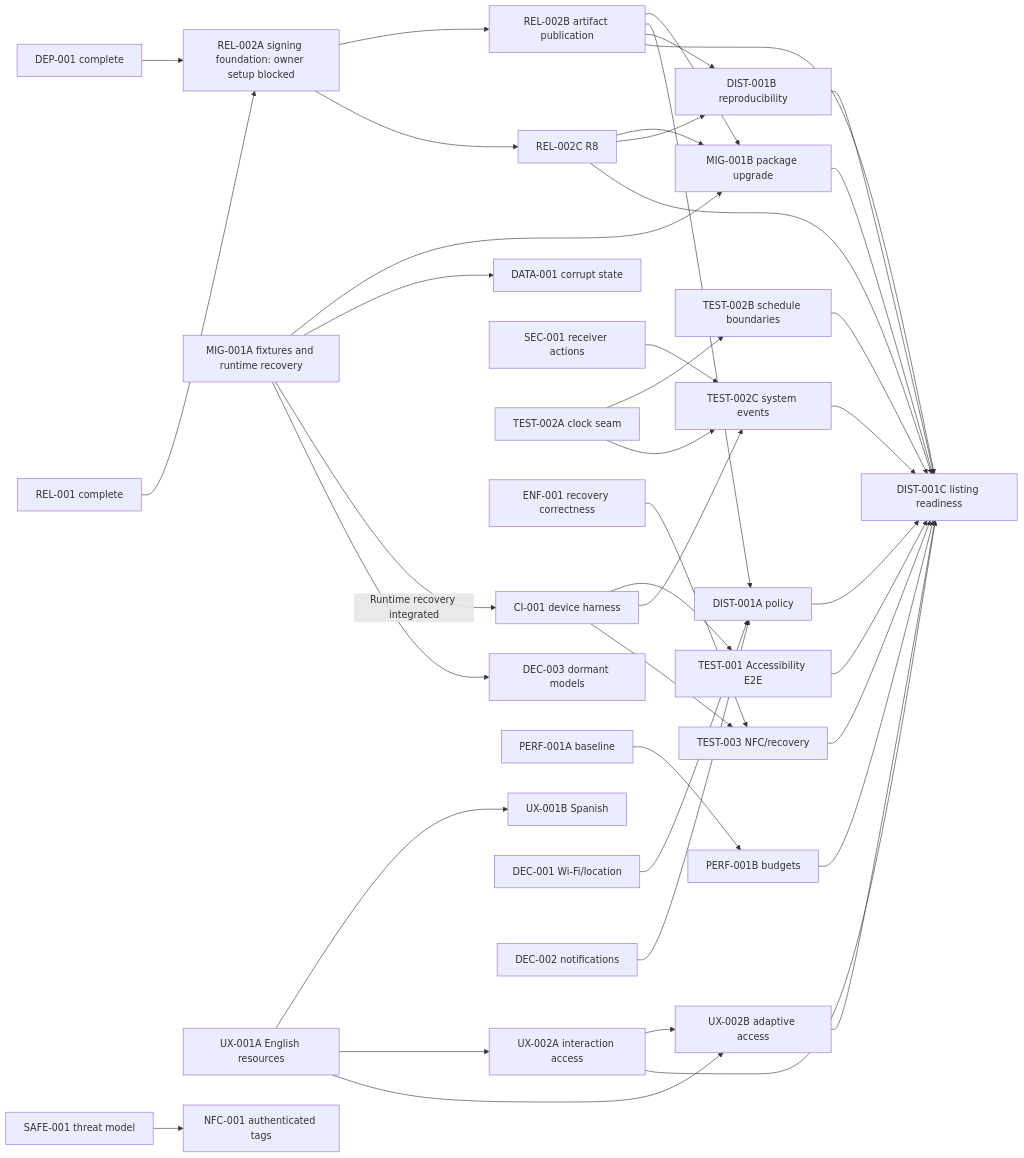
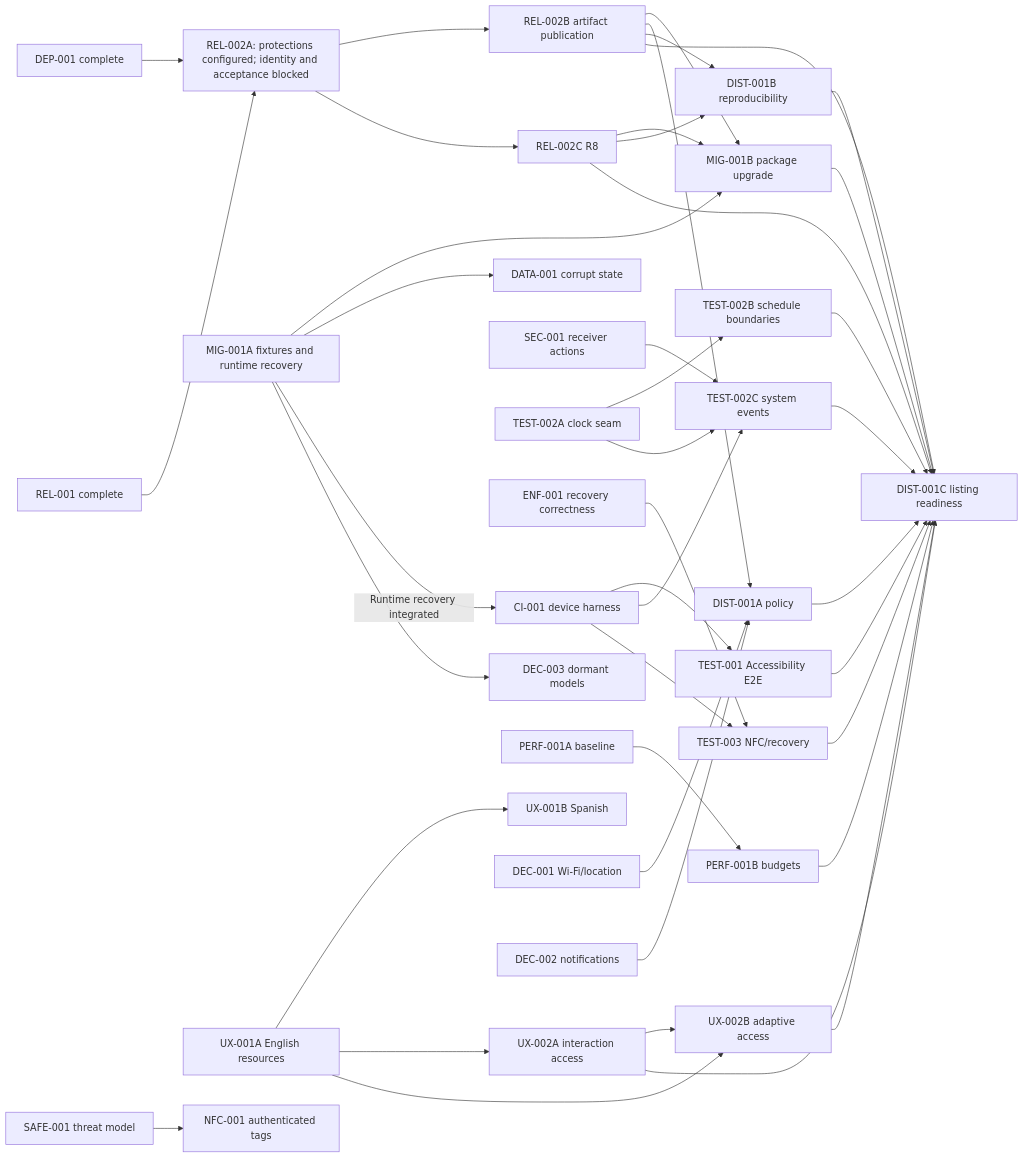
One commit to mcasillas17/WebSnag changed the diagram in docs/ROADMAP.md. Above: the diagram before and after it, drawn with Mermaid. The commit also changed other lines of this file and 3 other files, not shown here.

````diff
--- a/docs/ROADMAP.md
+++ b/docs/ROADMAP.md
@@ -195,48 +201,48 @@
 ```mermaid
 flowchart LR
-    DEP001["DEP-001 complete"] --> REL002A["REL-002A signing foundation: owner setup blocked"]
+    DEP001["DEP-001 complete"] --> REL002A["REL-002A: protections configured; identity and acceptance blocked"]
     REL001["REL-001 complete"] --> REL002A
     REL002A --> REL002B["REL-002B artifact publication"]
     REL002A --> REL002C["REL-002C R8"]
     REL002B --> MIG001B["MIG-001B package upgrade"]
     REL002C --> MIG001B
     MIG001A["MIG-001A fixtures and runtime recovery"] --> MIG001B
     MIG001A --> DATA001["DATA-001 corrupt state"]
 
     CI001["CI-001 device harness"] --> TEST001["TEST-001 Accessibility E2E"]
     MIG001A -->|"Runtime recovery integrated"| CI001
     CI001 --> TEST002C["TEST-002C system events"]
     CI001 --> TEST003["TEST-003 NFC/recovery"]
     SEC001["SEC-001 receiver actions"] --> TEST002C
     TEST002A["TEST-002A clock seam"] --> TEST002B["TEST-002B schedule boundaries"]
     TEST002A --> TEST002C
     ENF001["ENF-001 recovery correctness"] --> TEST003
 
     UX001A["UX-001A English resources"] --> UX001B["UX-001B Spanish"]
     UX001A --> UX002A["UX-002A interaction access"]
     UX001A --> UX002B["UX-002B adaptive access"]
     UX002A --> UX002B
     PERF001A["PERF-001A baseline"] --> PERF001B["PERF-001B budgets"]
     MIG001A --> DEC003["DEC-003 dormant models"]
 
     DEC001["DEC-001 Wi-Fi/location"] --> DIST001A["DIST-001A policy"]
     DEC002["DEC-002 notifications"] --> DIST001A
     REL002B --> DIST001A
     REL002B --> DIST001B["DIST-001B reproducibility"]
     REL002C --> DIST001B
 
     REL002B --> DIST001C["DIST-001C listing readiness"]
     REL002C --> DIST001C
     MIG001B --> DIST001C
     TEST001 --> DIST001C
     TEST002B --> DIST001C
     TEST002C --> DIST001C
     TEST003 --> DIST001C
     UX002A --> DIST001C
     UX002B --> DIST001C
     PERF001B --> DIST001C
     DIST001A --> DIST001C
     DIST001B --> DIST001C
 
     SAFE001["SAFE-001 threat model"] --> NFC001["NFC-001 authenticated tags"]
 ```
````
